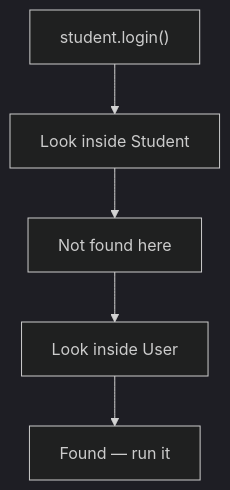
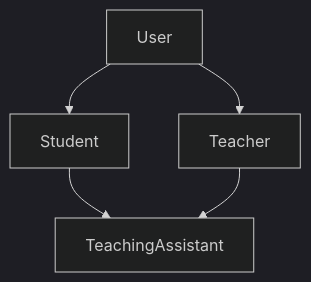
One commit to VishnuKumpati/Python-foundations changed the eighth of 9 diagrams in modules/p4-classes-objects/unit-4-3-inheritance.md. Above: the diagram before and after it, drawn with Mermaid (dark theme). The commit also changed other lines of this file, not shown here.

````diff
--- a/modules/p4-classes-objects/unit-4-3-inheritance.md
+++ b/modules/p4-classes-objects/unit-4-3-inheritance.md
@@ -267,8 +631,7 @@
 ```mermaid
 flowchart TD
-
-A["student.login()"] --> B["Look inside Student"]
-B --> C["Not found here"]
-C --> D["Look inside User"]
-D --> E["Found — run it"]
+A["User"] --> B["Student"]
+A["User"] --> C["Teacher"]
+B --> D["TeachingAssistant"]
+C --> D
 ```
````
